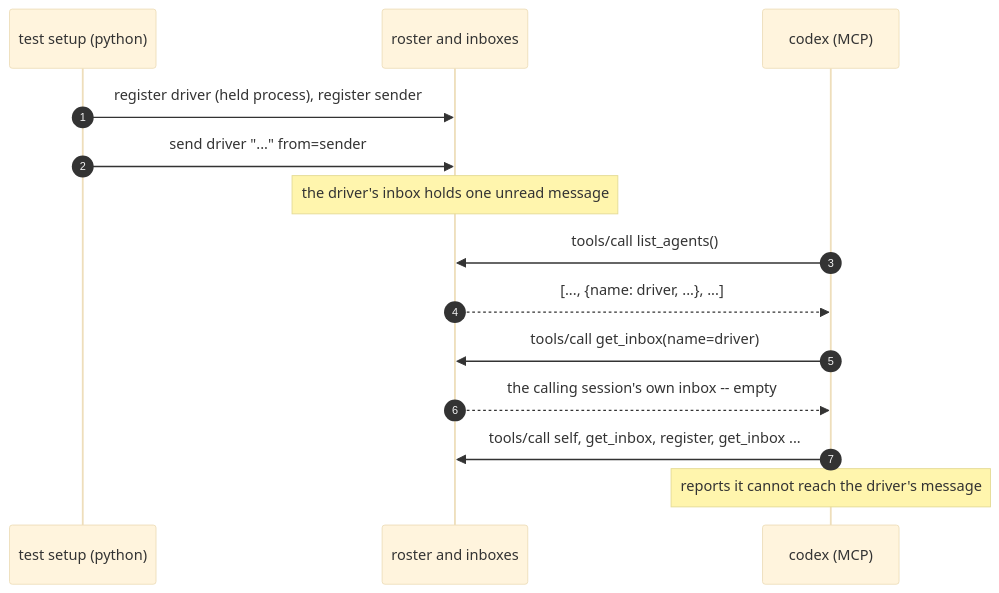
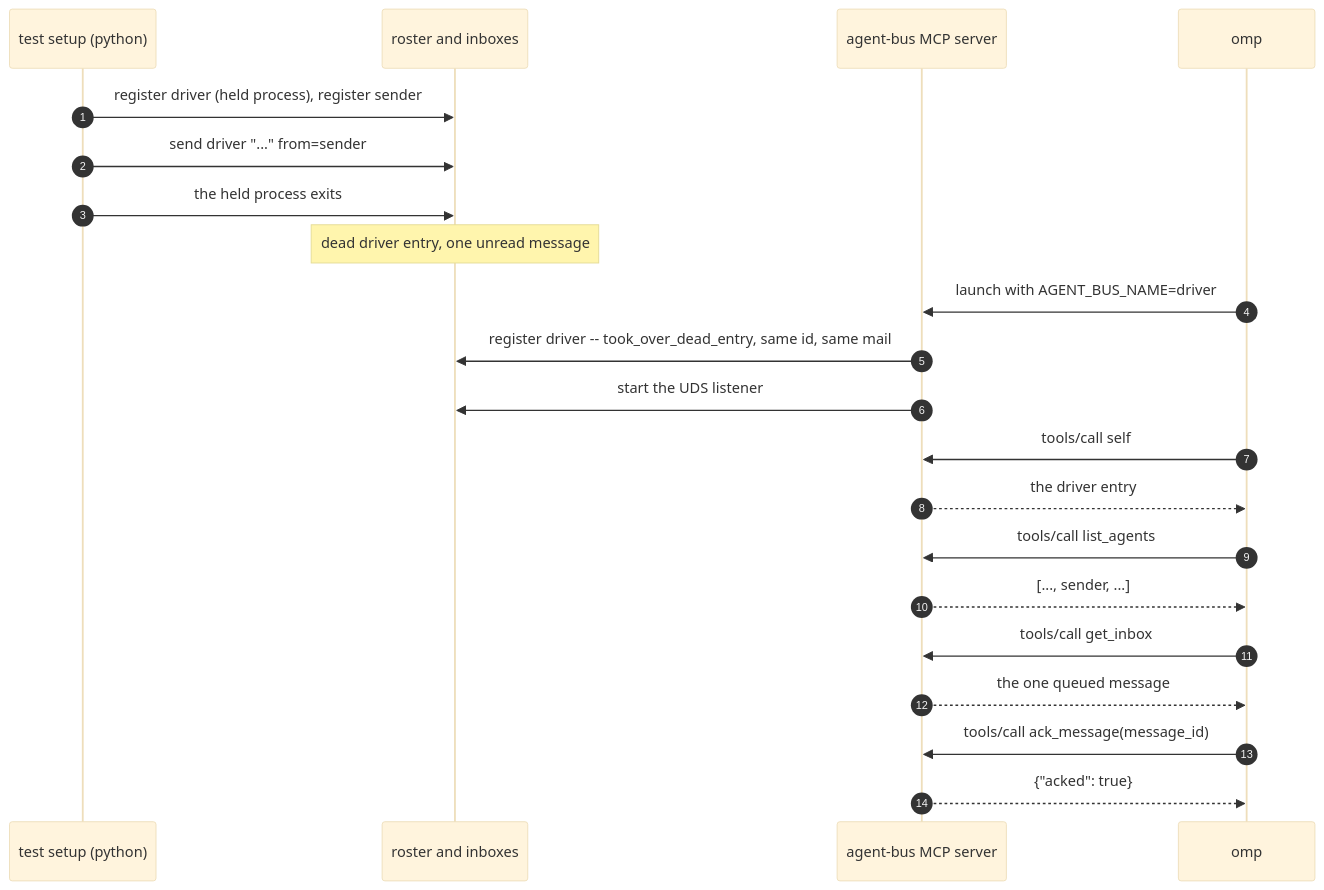
The diagram in tests/agent_bus/integration/test_mcp_inbox_and_ack_close_the_loop.md (danbarua/agent-bus), drawn with Mermaid (base theme) before and after one commit. The commit also changed other lines of this file and 7 other files, not shown here.

First line of the commit message:
Fix the e2e tests that assumed omp names itself and codex has a mailbox (#347)

````diff
--- a/tests/agent_bus/integration/test_mcp_inbox_and_ack_close_the_loop.md
+++ b/tests/agent_bus/integration/test_mcp_inbox_and_ack_close_the_loop.md
@@ -60,17 +60,24 @@
 ```mermaid
 sequenceDiagram
     autonumber
     participant setup as test setup (python)
     participant bus as roster and inboxes
-    participant codex as codex (MCP)
+    participant mcp as agent-bus MCP server
+    participant omp as omp
 
     setup->>bus: register driver (held process), register sender
     setup->>bus: send driver "..." from=sender
-    Note over bus: the driver's inbox holds one unread message
-    codex->>bus: tools/call list_agents()
-    bus-->>codex: [..., {name: driver, ...}, ...]
-    codex->>bus: tools/call get_inbox(name=driver)
-    bus-->>codex: the calling session's own inbox -- empty
-    codex->>bus: tools/call self, get_inbox, register, get_inbox ...
-    Note over codex: reports it cannot reach the driver's message
+    setup->>bus: the held process exits
+    Note over bus: dead driver entry, one unread message
+    omp->>mcp: launch with AGENT_BUS_NAME=driver
+    mcp->>bus: register driver -- took_over_dead_entry, same id, same mail
+    mcp->>bus: start the UDS listener
+    omp->>mcp: tools/call self
+    mcp-->>omp: the driver entry
+    omp->>mcp: tools/call list_agents
+    mcp-->>omp: [..., sender, ...]
+    omp->>mcp: tools/call get_inbox
+    mcp-->>omp: the one queued message
+    omp->>mcp: tools/call ack_message(message_id)
+    mcp-->>omp: {"acked": true}
 ```
````
